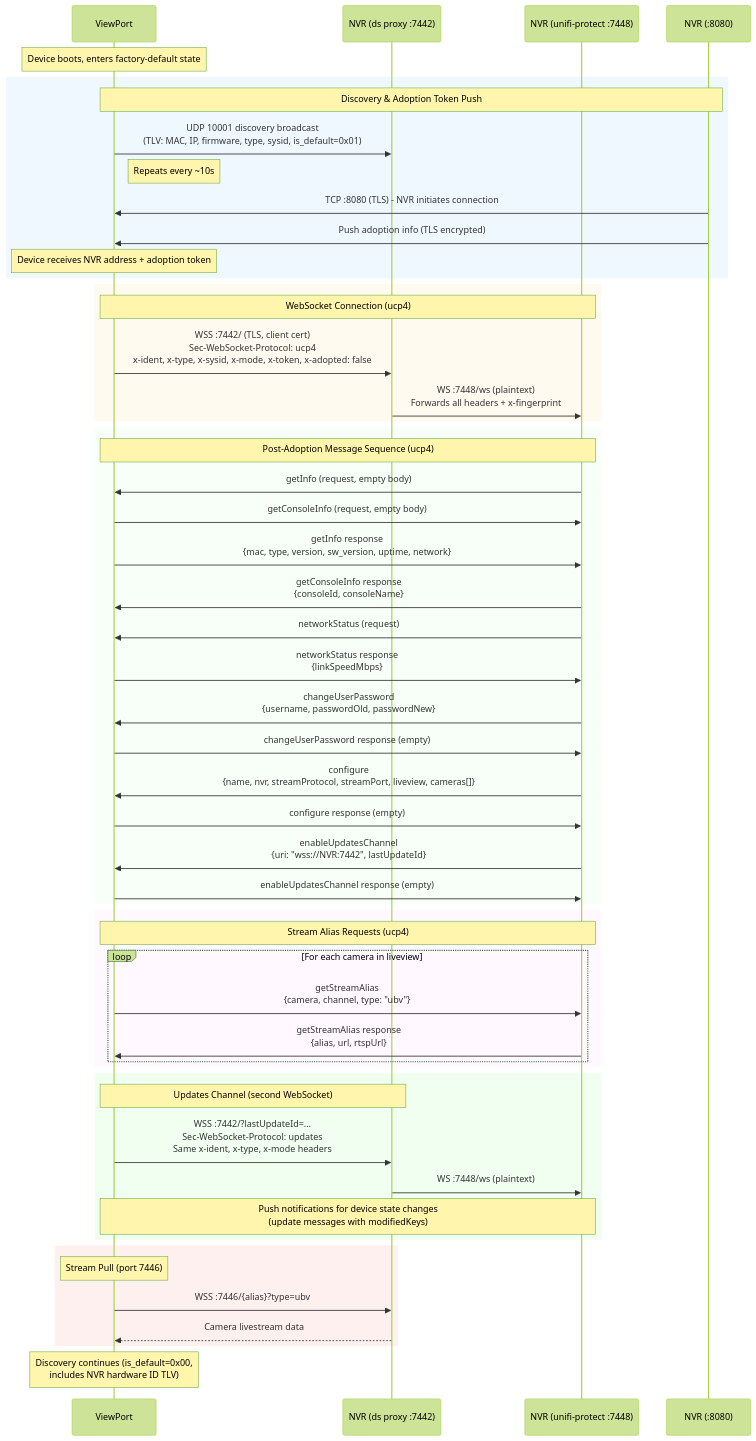
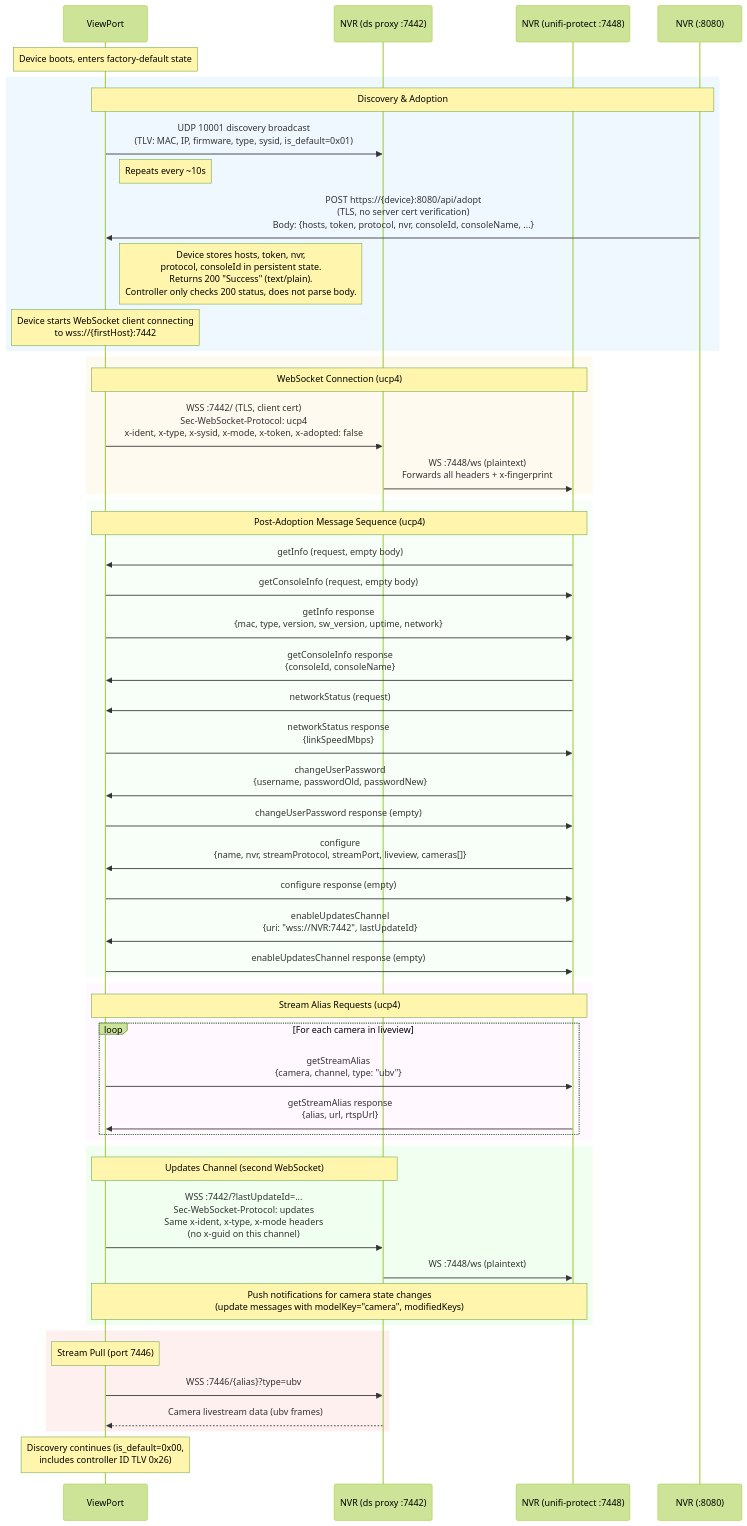
One commit to Silvenga/unifi-viewport-sdk changed the diagram in spec/flow.md. Above: the diagram before and after it, drawn with Mermaid (forest theme). The commit also changed other lines of this file and 6 other files, not shown here.

````diff
--- a/spec/flow.md
+++ b/spec/flow.md
@@ -5,63 +5,63 @@
 ```mermaid
 sequenceDiagram
     participant Device as ViewPort
     participant DS as NVR (ds proxy :7442)
     participant Backend as NVR (unifi-protect :7448)
     participant NVR8080 as NVR (:8080)
 
     Note over Device: Device boots, enters factory-default state
 
     rect rgb(240, 248, 255)
-        Note over Device,NVR8080: Discovery & Adoption Token Push
+        Note over Device,NVR8080: Discovery & Adoption
         Device->>DS: UDP 10001 discovery broadcast<br/>(TLV: MAC, IP, firmware, type, sysid, is_default=0x01)
         Note right of Device: Repeats every ~10s
-        NVR8080->>Device: TCP :8080 (TLS) - NVR initiates connection
-        NVR8080->>Device: Push adoption info (TLS encrypted)
-        Note over Device: Device receives NVR address + adoption token
+        NVR8080->>Device: POST https://{device}:8080/api/adopt<br/>(TLS, no server cert verification)<br/>Body: {hosts, token, protocol, nvr, consoleId, consoleName, ...}
+        Note right of Device: Device stores hosts, token, nvr,<br/>protocol, consoleId in persistent state.<br/>Returns 200 "Success" (text/plain).<br/>Controller only checks 200 status, does not parse body.
+        Note over Device: Device starts WebSocket client connecting<br/>to wss://{firstHost}:7442
     end
 
     rect rgb(255, 250, 240)
         Note over Device,Backend: WebSocket Connection (ucp4)
         Device->>DS: WSS :7442/ (TLS, client cert)<br/>Sec-WebSocket-Protocol: ucp4<br/>x-ident, x-type, x-sysid, x-mode, x-token, x-adopted: false
         DS->>Backend: WS :7448/ws (plaintext)<br/>Forwards all headers + x-fingerprint
     end
 
     rect rgb(248, 255, 248)
         Note over Device,Backend: Post-Adoption Message Sequence (ucp4)
         Backend->>Device: getInfo (request, empty body)
         Device->>Backend: getConsoleInfo (request, empty body)
         Device->>Backend: getInfo response<br/>{mac, type, version, sw_version, uptime, network}
         Backend->>Device: getConsoleInfo response<br/>{consoleId, consoleName}
         Backend->>Device: networkStatus (request)
         Device->>Backend: networkStatus response<br/>{linkSpeedMbps}
         Backend->>Device: changeUserPassword<br/>{username, passwordOld, passwordNew}
         Device->>Backend: changeUserPassword response (empty)
         Backend->>Device: configure<br/>{name, nvr, streamProtocol, streamPort, liveview, cameras[]}
         Device->>Backend: configure response (empty)
         Backend->>Device: enableUpdatesChannel<br/>{uri: "wss://NVR:7442", lastUpdateId}
         Device->>Backend: enableUpdatesChannel response (empty)
     end
 
     rect rgb(255, 248, 255)
         Note over Device,Backend: Stream Alias Requests (ucp4)
         loop For each camera in liveview
             Device->>Backend: getStreamAlias<br/>{camera, channel, type: "ubv"}
             Backend->>Device: getStreamAlias response<br/>{alias, url, rtspUrl}
         end
     end
 
     rect rgb(240, 255, 240)
         Note over Device,DS: Updates Channel (second WebSocket)
-        Device->>DS: WSS :7442/?lastUpdateId=...<br/>Sec-WebSocket-Protocol: updates<br/>Same x-ident, x-type, x-mode headers
+        Device->>DS: WSS :7442/?lastUpdateId=...<br/>Sec-WebSocket-Protocol: updates<br/>Same x-ident, x-type, x-mode headers<br/>(no x-guid on this channel)
         DS->>Backend: WS :7448/ws (plaintext)
-        Note over Device,Backend: Push notifications for device state changes<br/>(update messages with modifiedKeys)
+        Note over Device,Backend: Push notifications for camera state changes<br/>(update messages with modelKey="camera", modifiedKeys)
     end
 
     rect rgb(255, 240, 240)
         Note over Device: Stream Pull (port 7446)
         Device->>DS: WSS :7446/{alias}?type=ubv
-        DS-->>Device: Camera livestream data
+        DS-->>Device: Camera livestream data (ubv frames)
     end
 
-    Note over Device: Discovery continues (is_default=0x00,<br/>includes NVR hardware ID TLV)
+    Note over Device: Discovery continues (is_default=0x00,<br/>includes controller ID TLV 0x26)
 ```
````
